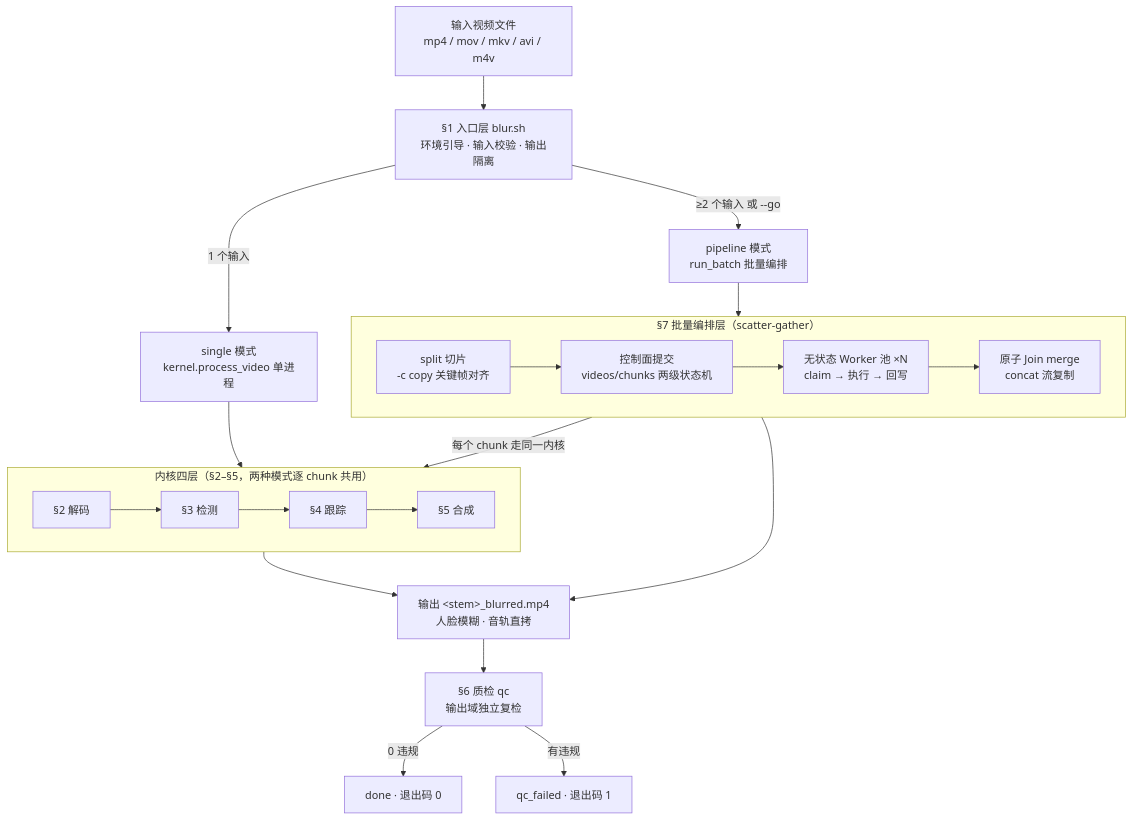
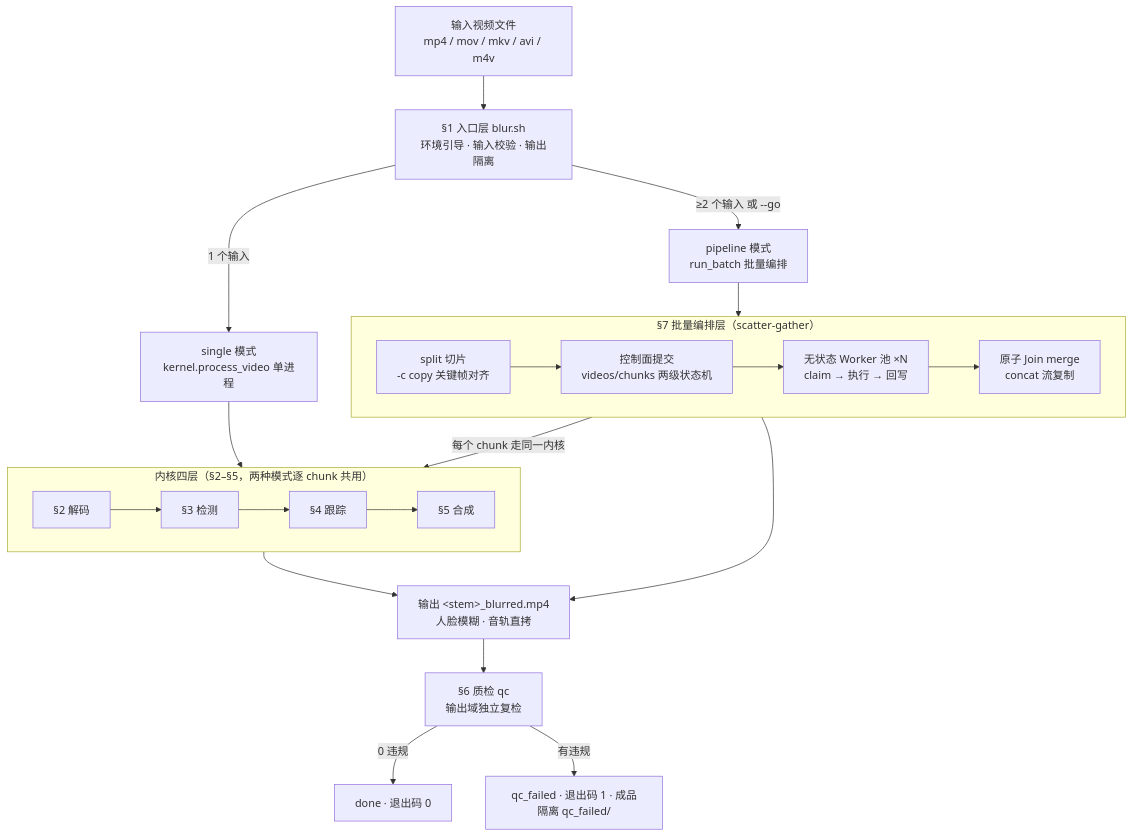
The first of 5 diagrams in docs/pipeline-guide.md (Zzz-ww/face-blur-lite), drawn with Mermaid before and after one commit. The commit also changed other lines of this file, not shown here.

Commit message:
docs: 终审 M-A/M-B——§7.2 事件枚举补 quarantine(_failed)、§0.1 总览图 BAD 节点补隔离语

````diff
--- a/docs/pipeline-guide.md
+++ b/docs/pipeline-guide.md
@@ -15,24 +15,24 @@
 ```mermaid
 flowchart TD
     IN["输入视频文件<br/>mp4 / mov / mkv / avi / m4v"] --> SH["§1 入口层 blur.sh<br/>环境引导 · 输入校验 · 输出隔离"]
     SH -->|"1 个输入"| SINGLE["single 模式<br/>kernel.process_video 单进程"]
     SH -->|"≥2 个输入 或 --go"| PIPE["pipeline 模式<br/>run_batch 批量编排"]
     subgraph P["§7 批量编排层（scatter-gather）"]
         direction LR
         SPL["split 切片<br/>-c copy 关键帧对齐"] --> CP["控制面提交<br/>videos/chunks 两级状态机"]
         CP --> WP["无状态 Worker 池 ×N<br/>claim → 执行 → 回写"]
         WP --> MJ["原子 Join merge<br/>concat 流复制"]
     end
     PIPE --> P
     subgraph K["内核四层（§2–§5，两种模式逐 chunk 共用）"]
         direction LR
         DEC["§2 解码"] --> DET["§3 检测"] --> TRK["§4 跟踪"] --> BLR["§5 合成"]
     end
     SINGLE --> K
     P -->|"每个 chunk 走同一内核"| K
     K --> OUT["输出 &lt;stem&gt;_blurred.mp4<br/>人脸模糊 · 音轨直拷"]
     MJ --> OUT
     OUT --> QC["§6 质检 qc<br/>输出域独立复检"]
     QC -->|"0 违规"| OK["done · 退出码 0"]
-    QC -->|"有违规"| BAD["qc_failed · 退出码 1"]
+    QC -->|"有违规"| BAD["qc_failed · 退出码 1 · 成品隔离 qc_failed/"]
 ```
````
